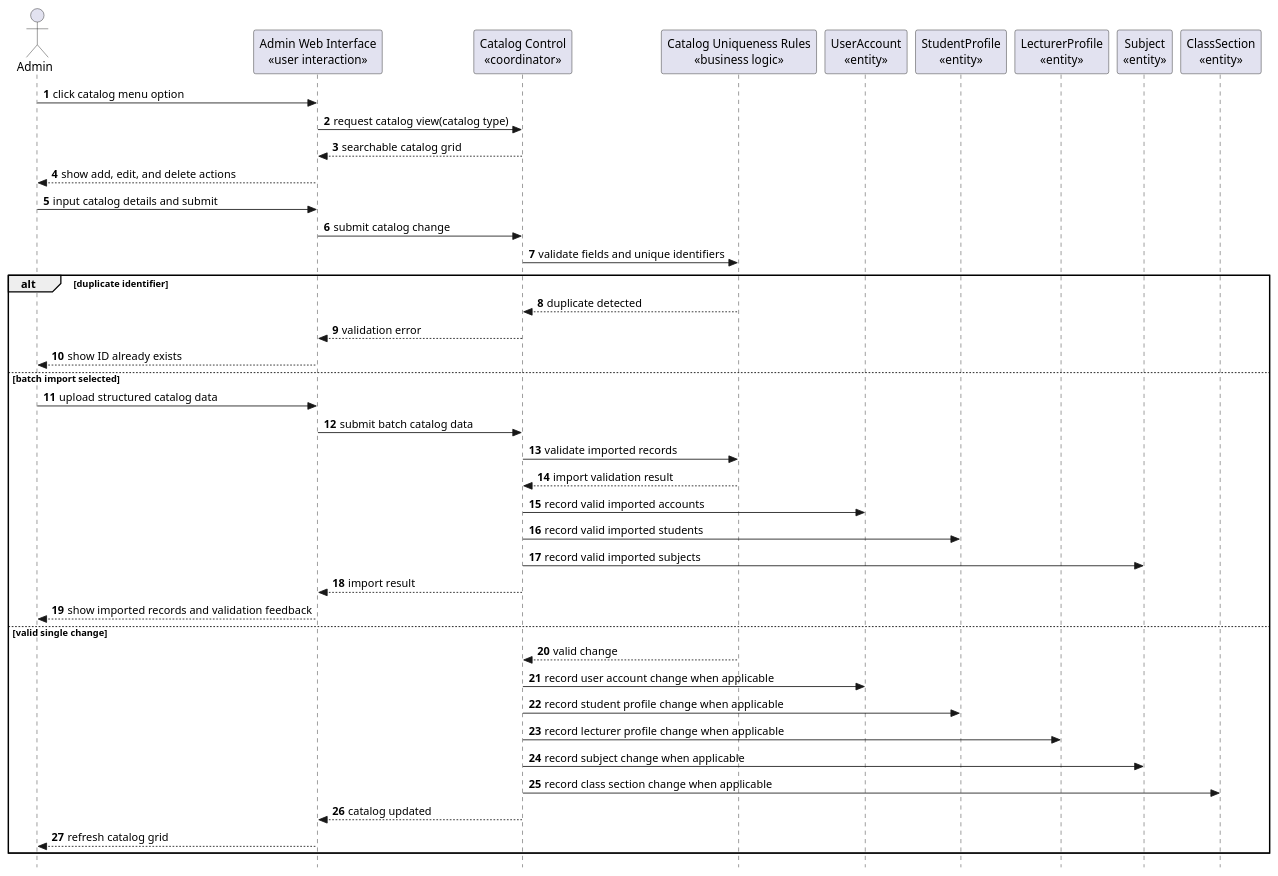
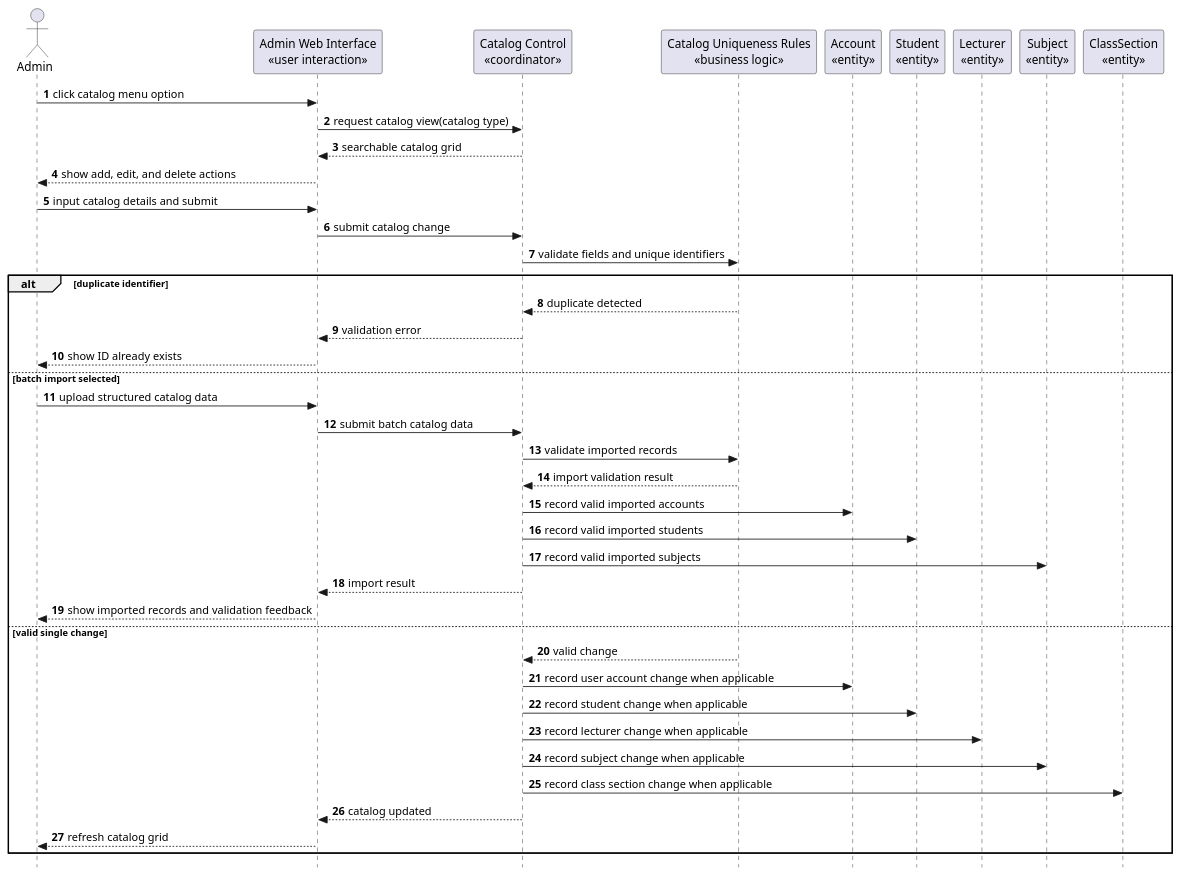
One commit to nttung42/SWD392 changed diagram 23 of 29 in docs/sds/2_Analysis.md. Above: the diagram before and after it, drawn with PlantUML. The commit also changed other lines of this file and 2 other files, not shown here.

````diff
--- a/docs/sds/2_Analysis.md
+++ b/docs/sds/2_Analysis.md
@@ -1156,48 +1164,48 @@
 ```plantuml
 @startuml
 skinparam style strictuml
 autonumber
 actor "Admin" as Admin
 participant "Admin Web Interface\n«user interaction»" as AdminUI
 participant "Catalog Control\n«coordinator»" as CatalogControl
 participant "Catalog Uniqueness Rules\n«business logic»" as CatalogRules
-participant "UserAccount\n«entity»" as UserAccount
-participant "StudentProfile\n«entity»" as StudentProfile
-participant "LecturerProfile\n«entity»" as LecturerProfile
+participant "Account\n«entity»" as Account
+participant "Student\n«entity»" as Student
+participant "Lecturer\n«entity»" as Lecturer
 participant "Subject\n«entity»" as Subject
 participant "ClassSection\n«entity»" as ClassSection
 
 Admin -> AdminUI : click catalog menu option
 AdminUI -> CatalogControl : request catalog view(catalog type)
 CatalogControl --> AdminUI : searchable catalog grid
 AdminUI --> Admin : show add, edit, and delete actions
 Admin -> AdminUI : input catalog details and submit
 AdminUI -> CatalogControl : submit catalog change
 CatalogControl -> CatalogRules : validate fields and unique identifiers
 
 alt duplicate identifier
   CatalogRules --> CatalogControl : duplicate detected
   CatalogControl --> AdminUI : validation error
   AdminUI --> Admin : show ID already exists
 else batch import selected
   Admin -> AdminUI : upload structured catalog data
   AdminUI -> CatalogControl : submit batch catalog data
   CatalogControl -> CatalogRules : validate imported records
   CatalogRules --> CatalogControl : import validation result
-  CatalogControl -> UserAccount : record valid imported accounts
-  CatalogControl -> StudentProfile : record valid imported students
+  CatalogControl -> Account : record valid imported accounts
+  CatalogControl -> Student : record valid imported students
   CatalogControl -> Subject : record valid imported subjects
   CatalogControl --> AdminUI : import result
   AdminUI --> Admin : show imported records and validation feedback
 else valid single change
   CatalogRules --> CatalogControl : valid change
-  CatalogControl -> UserAccount : record user account change when applicable
-  CatalogControl -> StudentProfile : record student profile change when applicable
-  CatalogControl -> LecturerProfile : record lecturer profile change when applicable
+  CatalogControl -> Account : record user account change when applicable
+  CatalogControl -> Student : record student change when applicable
+  CatalogControl -> Lecturer : record lecturer change when applicable
   CatalogControl -> Subject : record subject change when applicable
   CatalogControl -> ClassSection : record class section change when applicable
   CatalogControl --> AdminUI : catalog updated
   AdminUI --> Admin : refresh catalog grid
 end
 @enduml
 ```
````
